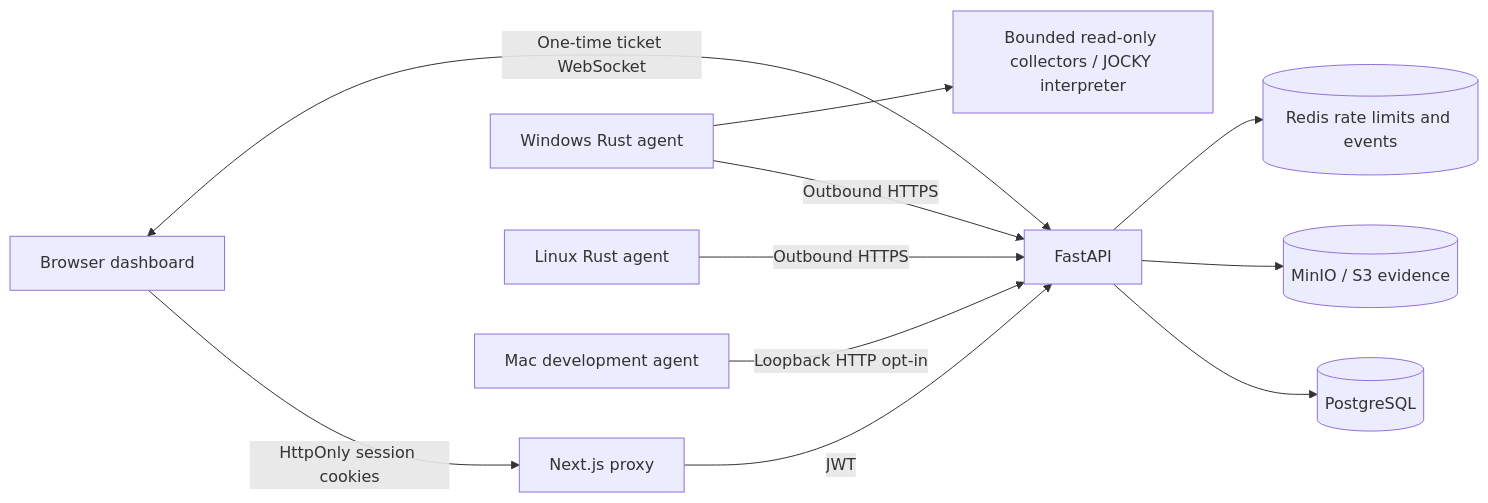
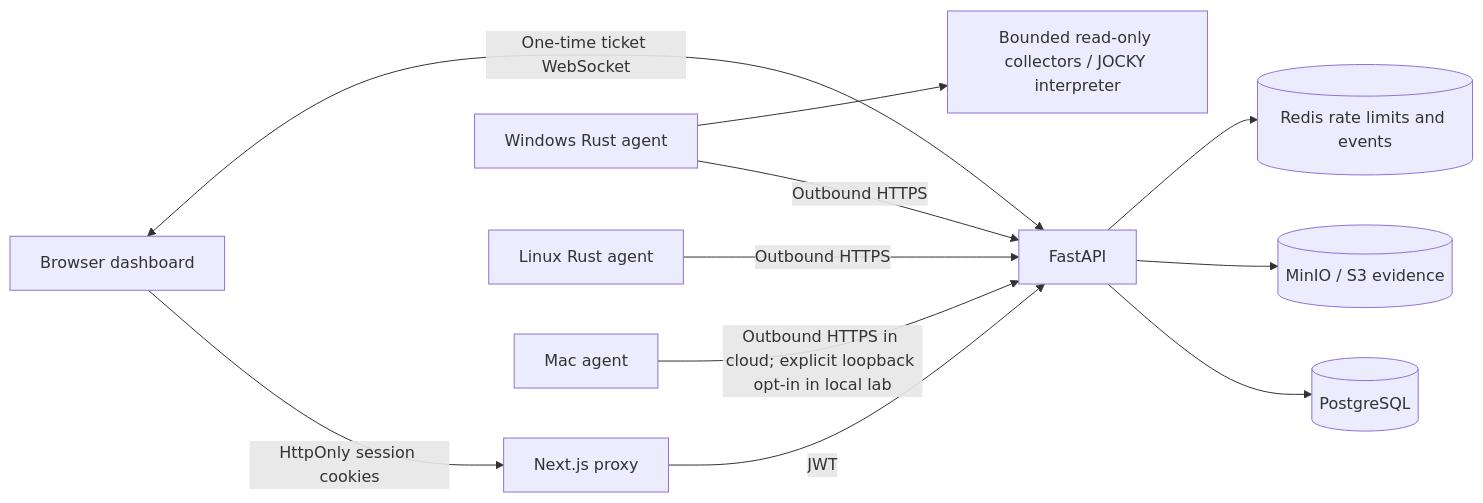
Before and after one commit to Nithesh8678/jocky: the diagram in docs/architecture.md, drawn with Mermaid. The commit also changed 12 other files, not shown here.

````diff
--- a/docs/architecture.md
+++ b/docs/architecture.md
@@ -3,13 +3,13 @@
 ```mermaid
 flowchart LR
   D[Browser dashboard] -->|HttpOnly session cookies| N[Next.js proxy]
   N -->|JWT| A[FastAPI]
   A --> P[(PostgreSQL)]
   A --> M[(MinIO / S3 evidence)]
   A --> R[(Redis rate limits and events)]
   D <-->|One-time ticket WebSocket| A
   W[Windows Rust agent] -->|Outbound HTTPS| A
   L[Linux Rust agent] -->|Outbound HTTPS| A
-  X[Mac development agent] -->|Loopback HTTP opt-in| A
+  X[Mac agent] -->|Outbound HTTPS in cloud; explicit loopback opt-in in local lab| A
   W --> C[Bounded read-only collectors / JOCKY interpreter]
 ```
````
